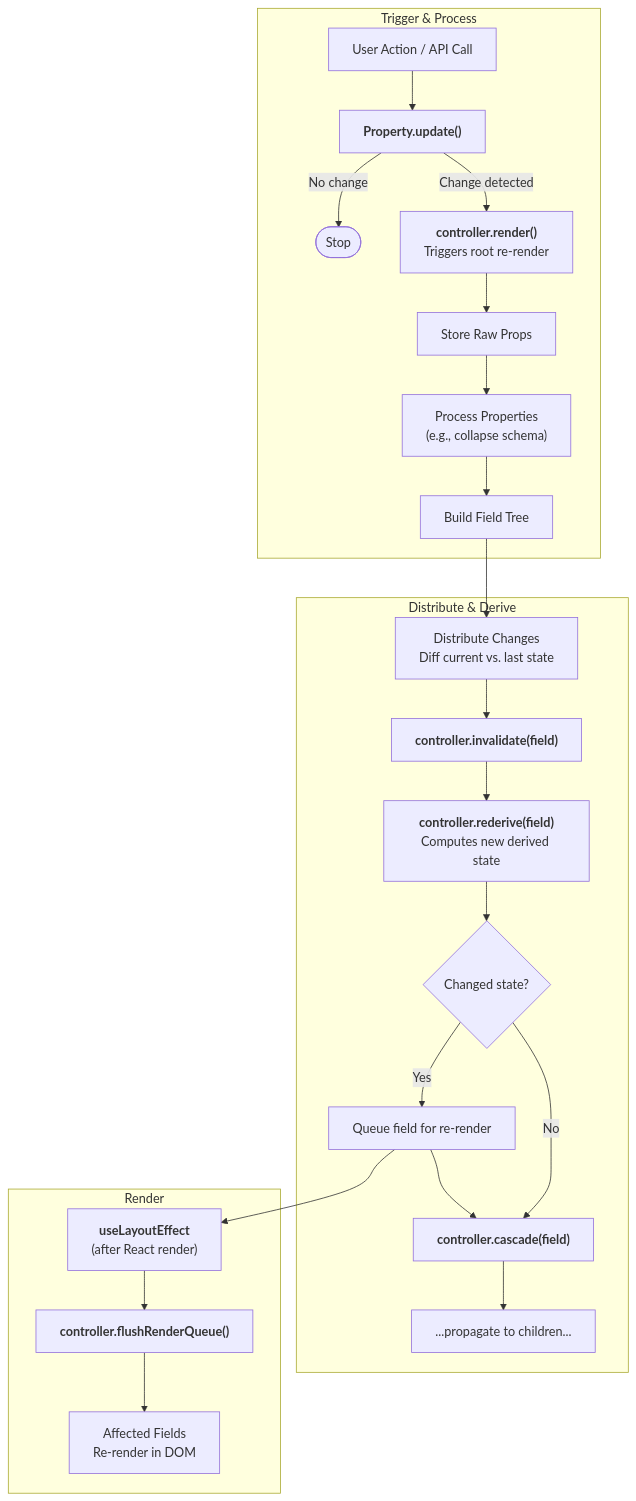
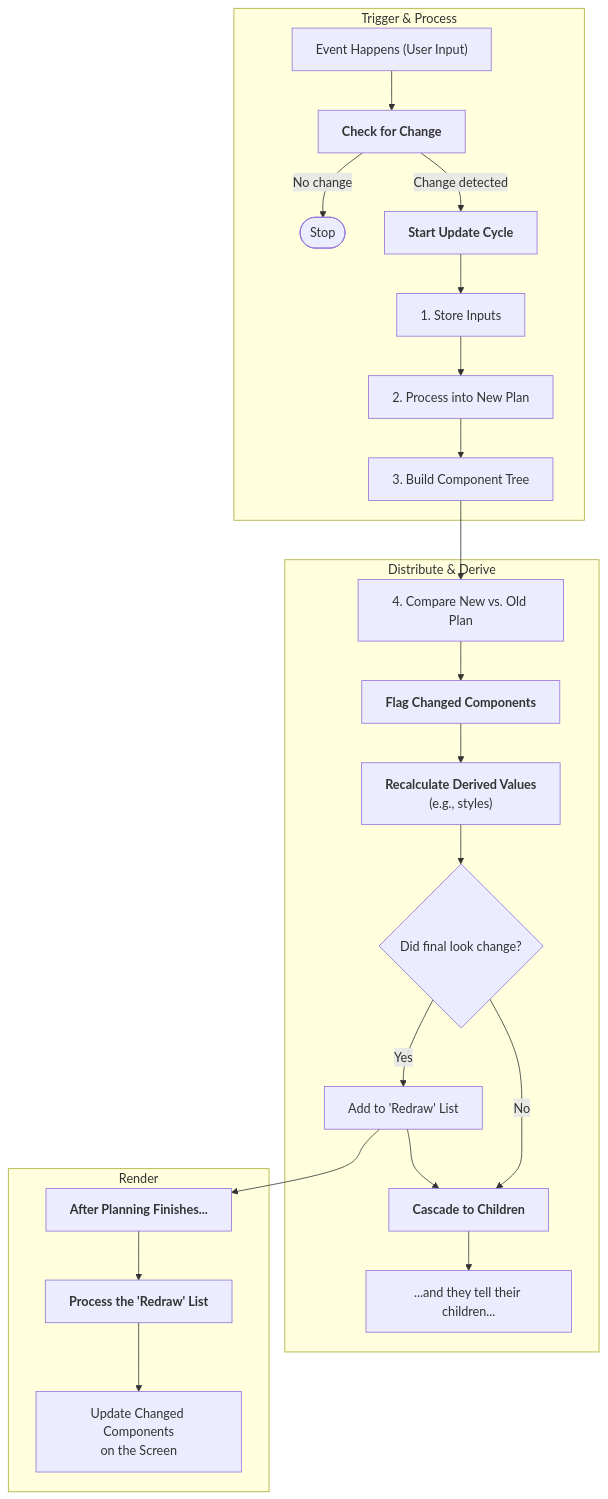
One commit to idealic-ai/docs changed the diagram in translations/simple-en/acts/802_package_ui.md. Above: the diagram before and after it, drawn with Mermaid. The commit also changed other lines of this file and 3 other files, not shown here.

````diff
--- a/translations/simple-en/acts/802_package_ui.md
+++ b/translations/simple-en/acts/802_package_ui.md
@@ -78,28 +158,28 @@
 ```mermaid
 graph TD
     subgraph "Trigger & Process"
-        A["User Action / API Call"] --> B["<b>Property.update()</b>"];
+        A["Event Happens (User Input)"] --> B["<b>Check for Change</b>"];
         B -- "No change" --> Stop([Stop]);
-        B -- "Change detected" --> C["<b>controller.render()</b><br/>Triggers root re-render"];
-        C --> D["Store Raw Props"];
-        D --> E["Process Properties<br/>(e.g., collapse schema)"];
-        E --> F["Build Field Tree"];
+        B -- "Change detected" --> C["<b>Start Update Cycle</b>"];
+        C --> D["1. Store Inputs"];
+        D --> E["2. Process into New Plan"];
+        E --> F["3. Build Component Tree"];
     end
 
     subgraph "Distribute & Derive"
-        F --> G["Distribute Changes<br/>Diff current vs. last state"];
-        G --> H["<b>controller.invalidate(field)</b>"];
-        H --> I["<b>controller.rederive(field)</b><br/>Computes new derived state"];
-        I --> J{"Changed state?"};
-        J -- Yes --> K["Queue field for re-render"];
+        F --> G["4. Compare New vs. Old Plan"];
+        G --> H["<b>Flag Changed Components</b>"];
+        H --> I["<b>Recalculate Derived Values</b><br/>(e.g., styles)"];
+        I --> J{"Did final look change?"};
+        J -- Yes --> K["Add to 'Redraw' List"];
         J -- No --> L;
-        K --> L["<b>controller.cascade(field)</b>"];
-        L --> M["...propagate to children..."];
+        K --> L["<b>Cascade to Children</b>"];
+        L --> M["...and they tell their children..."];
     end
 
     subgraph "Render"
-        K --> N["<b>useLayoutEffect</b><br/>(after React render)"];
-        N --> O["<b>controller.flushRenderQueue()</b>"];
-        O --> P["Affected Fields<br/>Re-render in DOM"];
+        K --> N["<b>After Planning Finishes...</b>"];
+        N --> O["<b>Process the 'Redraw' List</b>"];
+        O --> P["Update Changed Components<br/>on the Screen"];
     end
 ```
````
